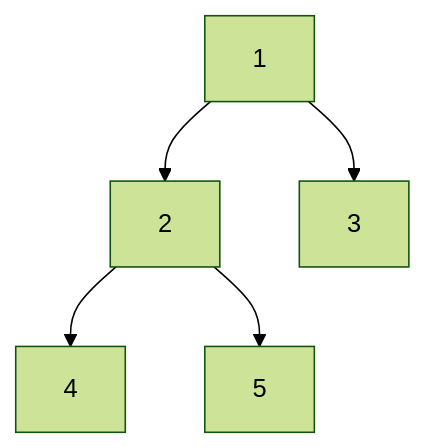
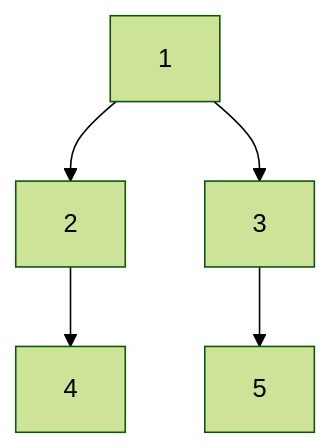
Before and after one commit to flowlo4a26/flowlo4a26: the diagram in README.md, drawn with Mermaid (forest theme).

````diff
--- a/README.md
+++ b/README.md
@@ -29,7 +29,7 @@
 ```mermaid
 graph TD;
     1-->2;
     1-->3;
     2-->4;
-    2-->5;
+    3-->5;
 ```  
````
